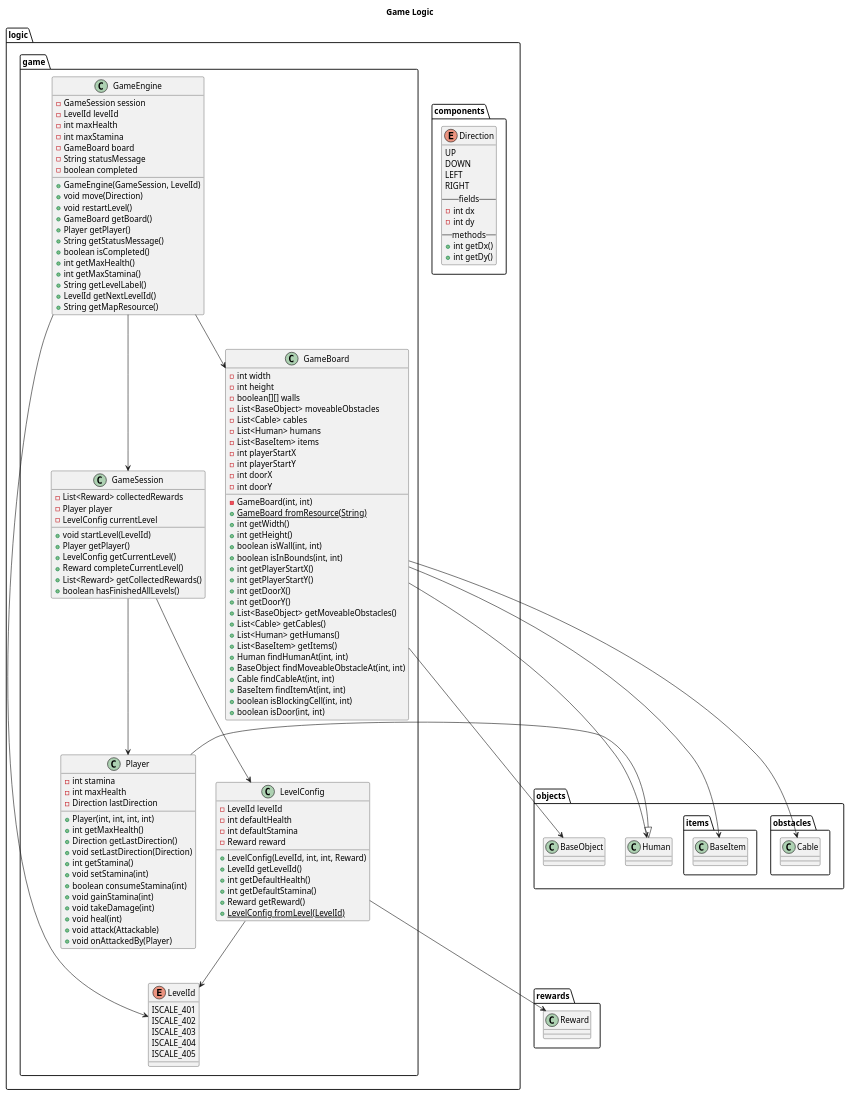
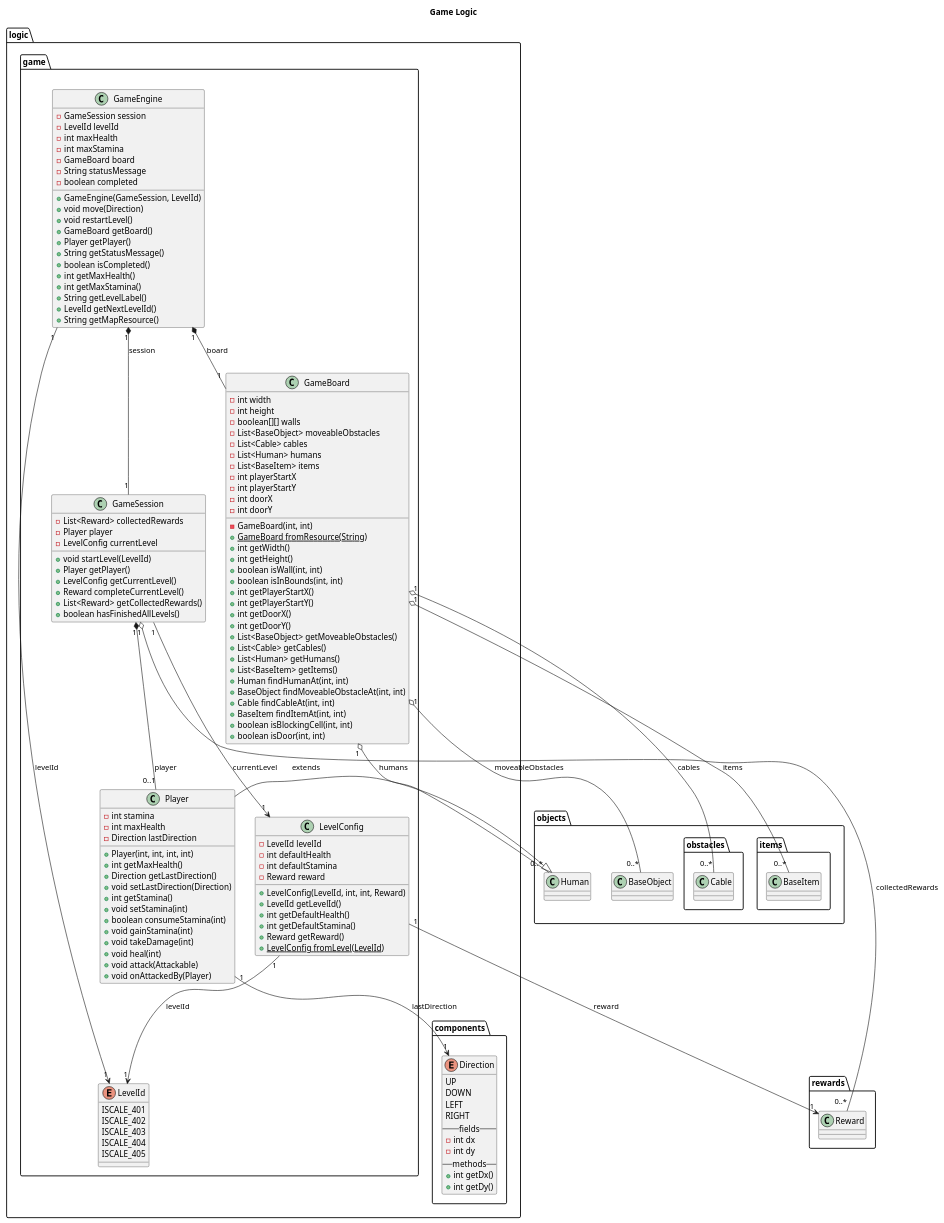
One commit to Pitichod/ProgMeth-Project changed the diagram in UML_3_Logic.puml. Above: the diagram before and after it, drawn with PlantUML. The commit also changed 3 other files, not shown here.

Commit message:
Improve UML diagrams: add composition/aggregation, multiplicities, and role labels

```diff
--- a/UML_3_Logic.puml
+++ b/UML_3_Logic.puml
@@ -1,147 +1,154 @@
 @startuml UML_3_Logic
 title Game Logic
 
 package logic.components {
     enum Direction {
         UP
         DOWN
         LEFT
         RIGHT
         -- fields --
         - int dx
         - int dy
         -- methods --
         + int getDx()
         + int getDy()
     }
 }
 
 package logic.game {
     enum LevelId {
         ISCALE_401
         ISCALE_402
         ISCALE_403
         ISCALE_404
         ISCALE_405
     }
 
     class LevelConfig {
         - LevelId levelId
         - int defaultHealth
         - int defaultStamina
         - Reward reward
         + LevelConfig(LevelId, int, int, Reward)
         + LevelId getLevelId()
         + int getDefaultHealth()
         + int getDefaultStamina()
         + Reward getReward()
         + {static} LevelConfig fromLevel(LevelId)
     }
 
     class Player {
         - int stamina
         - int maxHealth
         - Direction lastDirection
         + Player(int, int, int, int)
         + int getMaxHealth()
         + Direction getLastDirection()
         + void setLastDirection(Direction)
         + int getStamina()
         + void setStamina(int)
         + boolean consumeStamina(int)
         + void gainStamina(int)
         + void takeDamage(int)
         + void heal(int)
         + void attack(Attackable)
         + void onAttackedBy(Player)
     }
 
     class GameBoard {
         - int width
         - int height
         - boolean[][] walls
         - List<BaseObject> moveableObstacles
         - List<Cable> cables
         - List<Human> humans
         - List<BaseItem> items
         - int playerStartX
         - int playerStartY
         - int doorX
         - int doorY
         - GameBoard(int, int)
         + {static} GameBoard fromResource(String)
         + int getWidth()
         + int getHeight()
         + boolean isWall(int, int)
         + boolean isInBounds(int, int)
         + int getPlayerStartX()
         + int getPlayerStartY()
         + int getDoorX()
         + int getDoorY()
         + List<BaseObject> getMoveableObstacles()
         + List<Cable> getCables()
         + List<Human> getHumans()
         + List<BaseItem> getItems()
         + Human findHumanAt(int, int)
         + BaseObject findMoveableObstacleAt(int, int)
         + Cable findCableAt(int, int)
         + BaseItem findItemAt(int, int)
         + boolean isBlockingCell(int, int)
         + boolean isDoor(int, int)
     }
 
     class GameSession {
         - List<Reward> collectedRewards
         - Player player
         - LevelConfig currentLevel
         + void startLevel(LevelId)
         + Player getPlayer()
         + LevelConfig getCurrentLevel()
         + Reward completeCurrentLevel()
         + List<Reward> getCollectedRewards()
         + boolean hasFinishedAllLevels()
     }
 
     class GameEngine {
         - GameSession session
         - LevelId levelId
         - int maxHealth
         - int maxStamina
         - GameBoard board
         - String statusMessage
         - boolean completed
         + GameEngine(GameSession, LevelId)
         + void move(Direction)
         + void restartLevel()
         + GameBoard getBoard()
         + Player getPlayer()
         + String getStatusMessage()
         + boolean isCompleted()
         + int getMaxHealth()
         + int getMaxStamina()
         + String getLevelLabel()
         + LevelId getNextLevelId()
         + String getMapResource()
     }
 }
 
-' Inheritance
-objects.Human <|-- Player
+' Inheritance: Player extends Human
+objects.Human <|-- Player : extends
 
-' Associations
-LevelConfig --> LevelId
-LevelConfig --> rewards.Reward
+' Composition: GameEngine owns GameSession and GameBoard
+GameEngine "1" *-- "1" GameSession : session
+GameEngine "1" *-- "1" GameBoard : board
+GameEngine "1" --> "1" LevelId : levelId
 
-GameSession --> Player
-GameSession --> LevelConfig
+' Composition: GameSession owns Player and LevelConfig
+GameSession "1" *-- "0..1" Player : player
+GameSession "1" --> "1" LevelConfig : currentLevel
+GameSession "1" o-- "0..*" rewards.Reward : collectedRewards
 
-GameEngine --> GameSession
-GameEngine --> LevelId
-GameEngine --> GameBoard
+' LevelConfig references
+LevelConfig "1" --> "1" LevelId : levelId
+LevelConfig "1" --> "1" rewards.Reward : reward
 
-GameBoard --> objects.Human
-GameBoard --> objects.BaseObject
-GameBoard --> objects.obstacles.Cable
-GameBoard --> objects.items.BaseItem
+' GameBoard aggregates objects
+GameBoard "1" o-- "0..*" objects.Human : humans
+GameBoard "1" o-- "0..*" objects.BaseObject : moveableObstacles
+GameBoard "1" o-- "0..*" objects.obstacles.Cable : cables
+GameBoard "1" o-- "0..*" objects.items.BaseItem : items
+
+' Player uses Direction
+Player "1" --> "1" Direction : lastDirection
 
 @enduml
```
